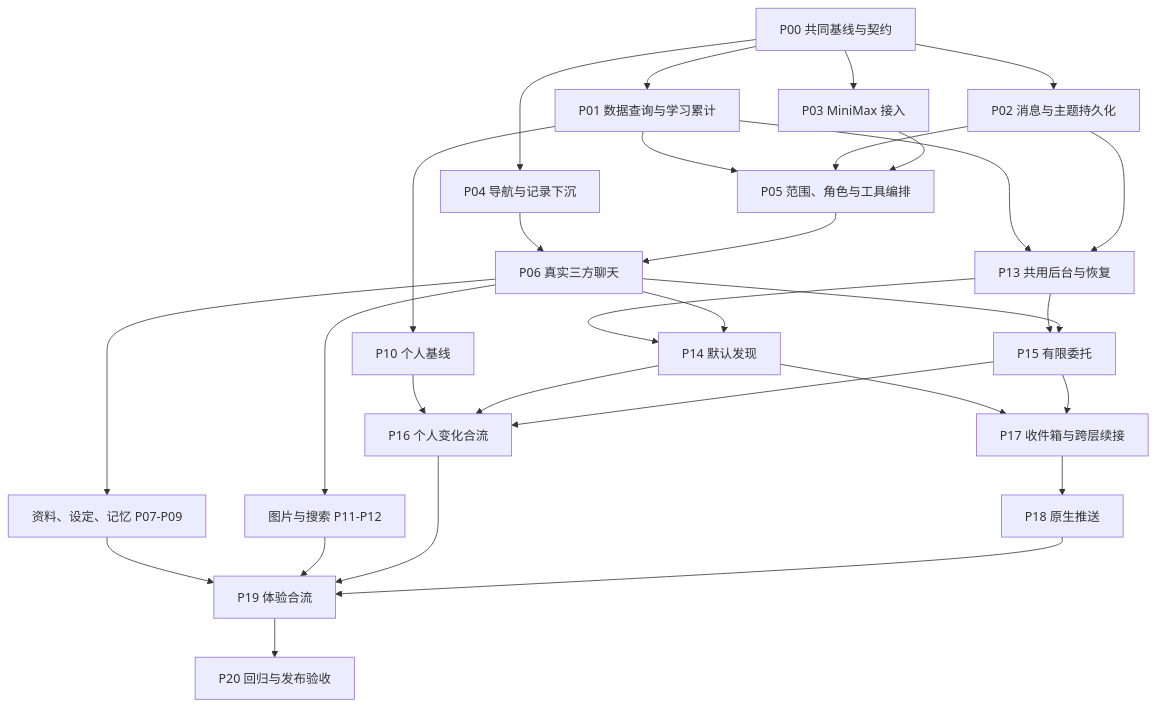
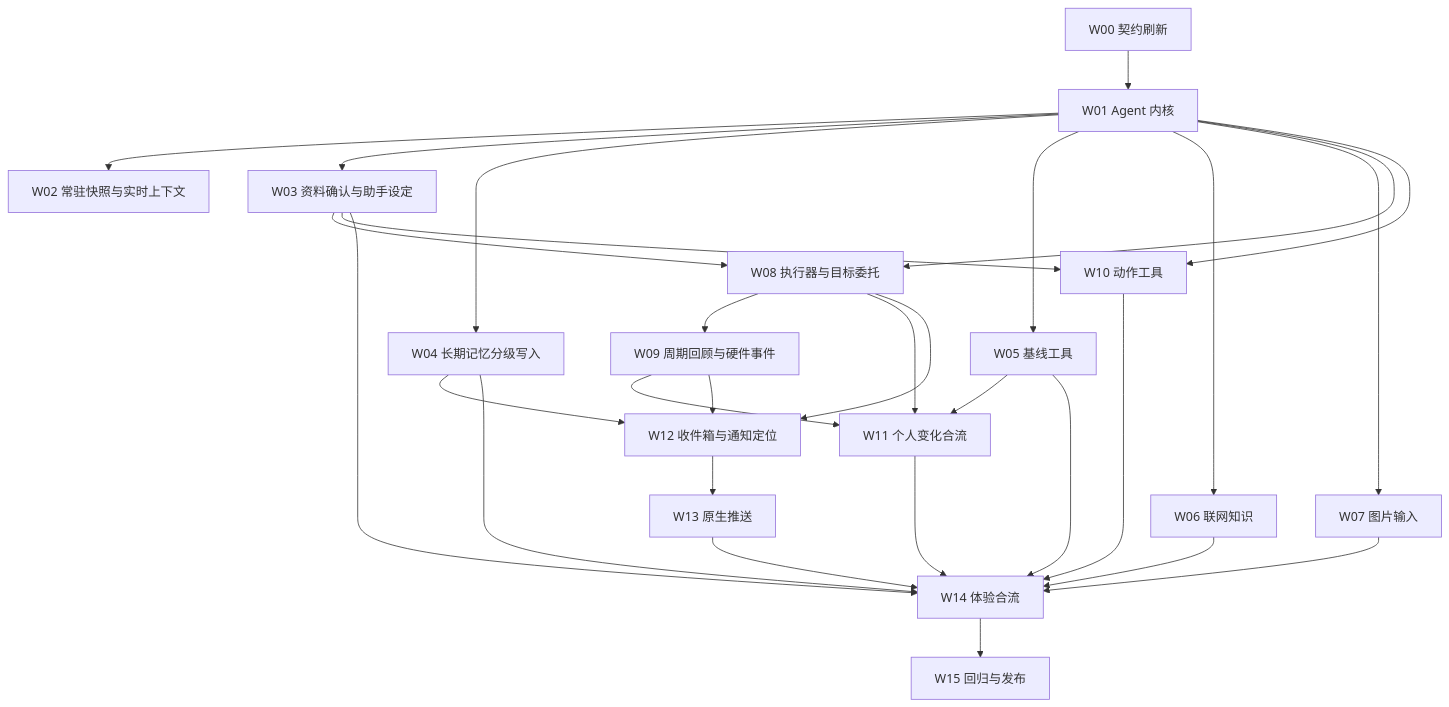
Before and after one commit to yangeh03/petsense_app: the diagram in docs/agent-implementation-work-packages.md, drawn with Mermaid. The commit also changed other lines of this file and 4 other files, not shown here.

````diff
--- a/docs/agent-implementation-work-packages.md
+++ b/docs/agent-implementation-work-packages.md
@@ -41,33 +60,24 @@
 ```mermaid
 flowchart TD
-    P00[P00 共同基线与契约]
-    P00 --> P01[P01 数据查询与学习累计]
-    P00 --> P02[P02 消息与主题持久化]
-    P00 --> P03[P03 MiniMax 接入]
-    P00 --> P04[P04 导航与记录下沉]
-    P01 --> P05[P05 范围、角色与工具编排]
-    P02 --> P05
-    P03 --> P05
-    P04 --> P06[P06 真实三方聊天]
-    P05 --> P06
-    P06 --> M[资料、设定、记忆 P07-P09]
-    P01 --> P10[P10 个人基线]
-    P06 --> K[图片与搜索 P11-P12]
-    P01 --> P13[P13 共用后台与恢复]
-    P02 --> P13
-    P13 --> P14[P14 默认发现]
-    P13 --> P15[P15 有限委托]
-    P06 --> P14
-    P06 --> P15
-    P10 --> P16[P16 个人变化合流]
-    P14 --> P16
-    P15 --> P16
-    P14 --> P17[P17 收件箱与跨层续接]
-    P15 --> P17
-    P17 --> P18[P18 原生推送]
-    M --> P19[P19 体验合流]
-    K --> P19
-    P16 --> P19
-    P18 --> P19
-    P19 --> P20[P20 回归与发布验收]
+    W00[W00 契约刷新] --> W01[W01 Agent 内核]
+    W01 --> W02[W02 常驻快照与实时上下文]
+    W01 --> W03[W03 资料确认与助手设定]
+    W01 --> W04[W04 长期记忆分级写入]
+    W01 --> W05[W05 基线工具]
+    W01 --> W06[W06 联网知识]
+    W01 --> W07[W07 图片输入]
+    W03 --> W08[W08 执行器与目标委托]
+    W01 --> W08
+    W08 --> W09[W09 周期回顾与硬件事件]
+    W03 --> W10[W10 动作工具]
+    W01 --> W10
+    W05 --> W11[W11 个人变化合流]
+    W09 --> W11
+    W08 --> W11
+    W04 --> W12[W12 收件箱与通知定位]
+    W09 --> W12
+    W08 --> W12
+    W12 --> W13[W13 原生推送]
+    W03 & W04 & W05 & W06 & W07 & W10 & W11 & W13 --> W14[W14 体验合流]
+    W14 --> W15[W15 回归与发布]
 ```
````
